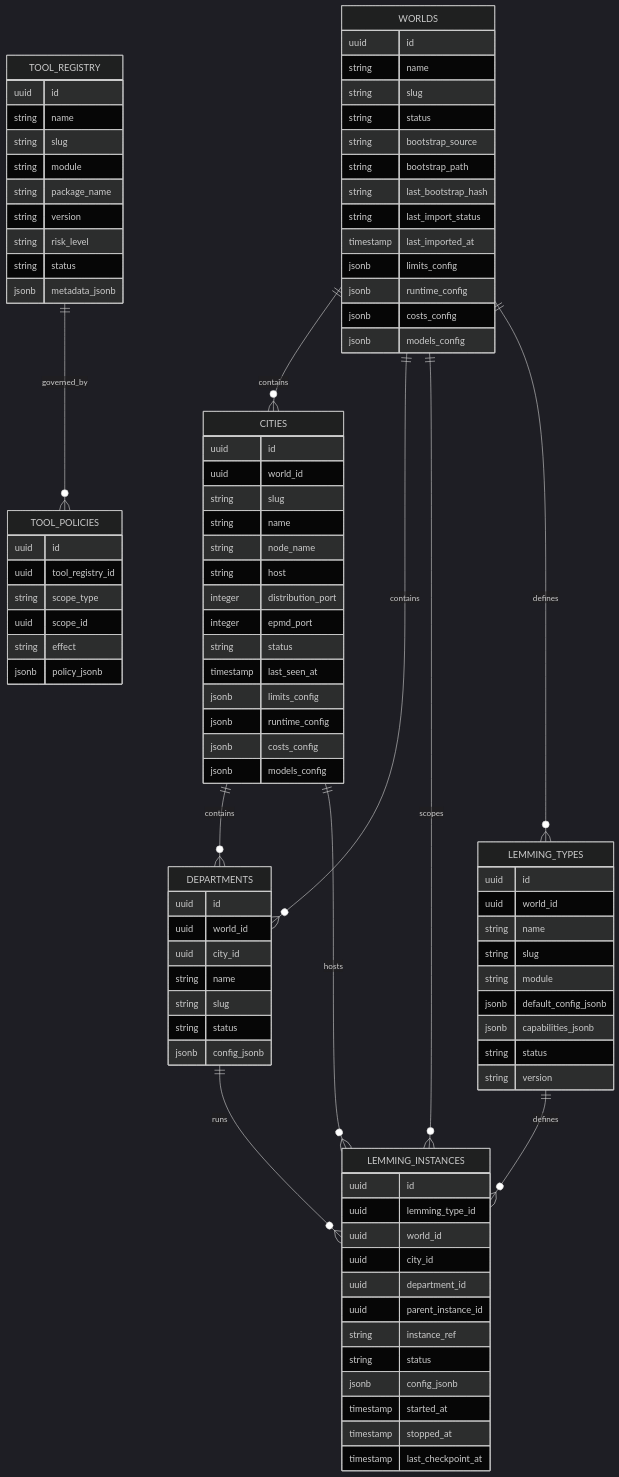
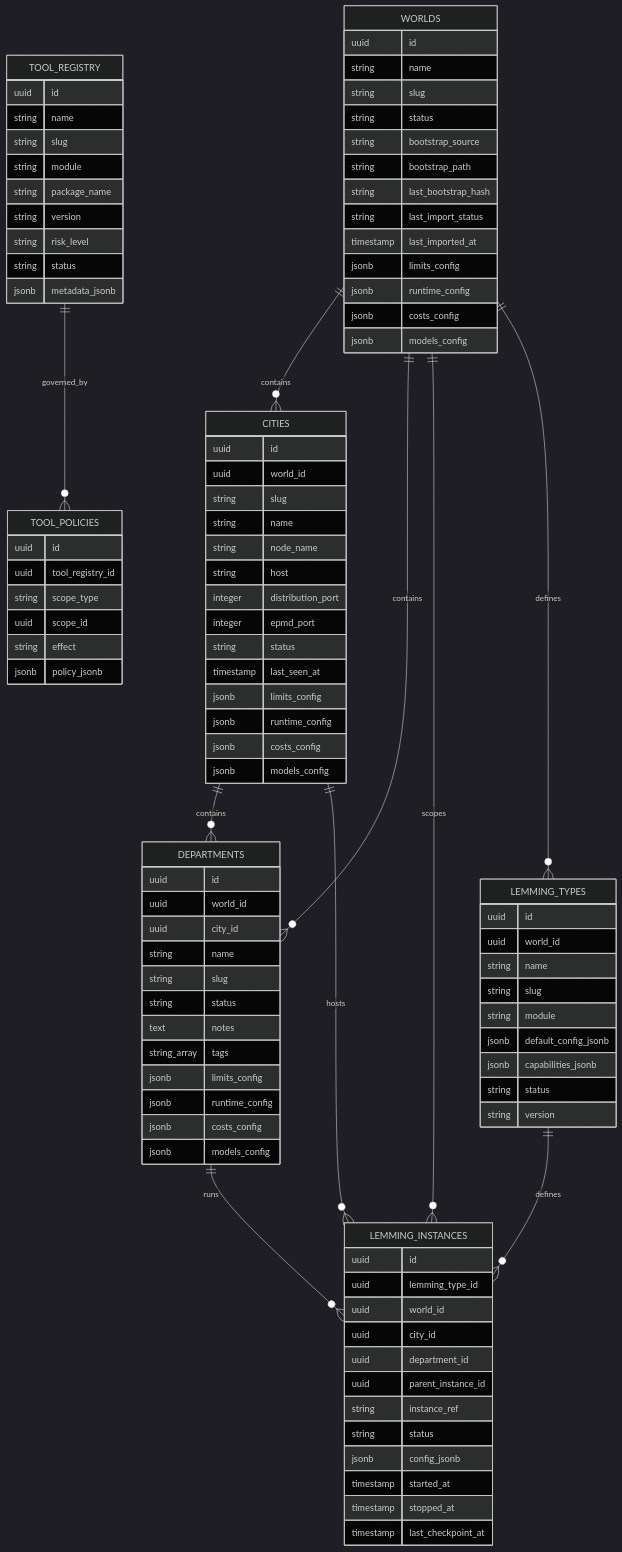
The first of 2 diagrams in docs/adr/0021-core-domain-schema.md (mberrueta/lemmings-os), drawn with Mermaid (dark theme) before and after one commit. The commit also changed other lines of this file and 80 other files, not shown here.

```diff
--- a/docs/adr/0021-core-domain-schema.md
+++ b/docs/adr/0021-core-domain-schema.md
@@ -198,7 +200,12 @@
         string name
         string slug
         string status
-        jsonb config_jsonb
+        text notes
+        string_array tags
+        jsonb limits_config
+        jsonb runtime_config
+        jsonb costs_config
+        jsonb models_config
     }
 
     LEMMING_TYPES {
```
